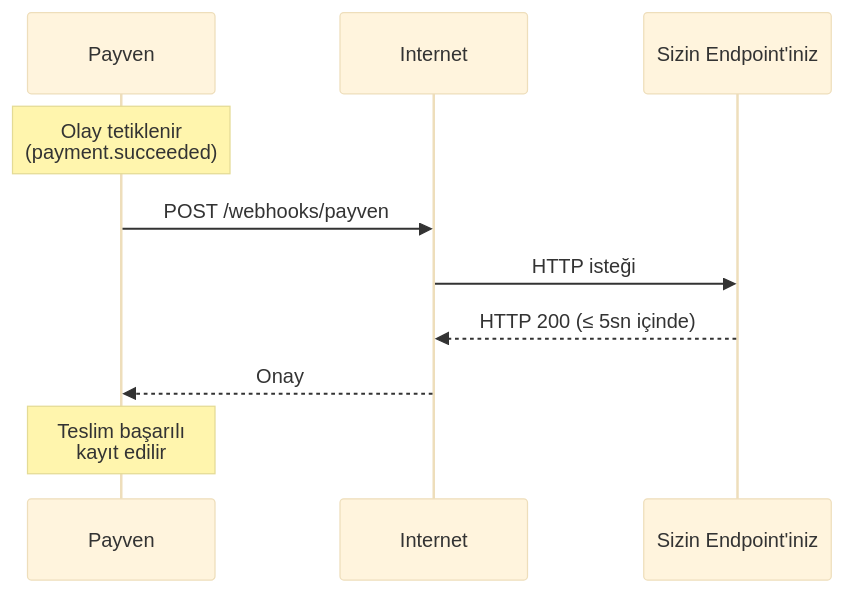
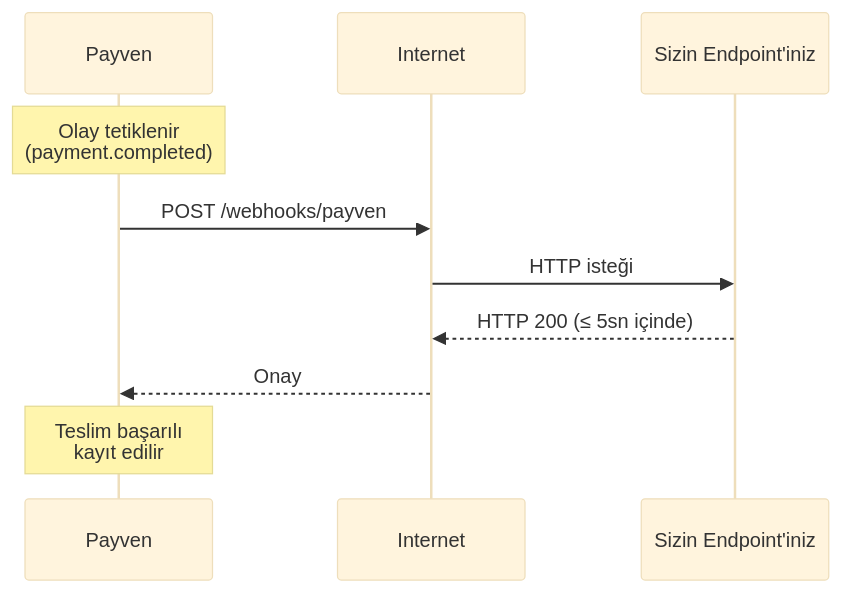
The diagram in documentation/concepts/webhooks.mdx (payment-pos/mintlify), drawn with Mermaid (base theme) before and after one commit. The commit also changed other lines of this file and 45 other files, not shown here.

````diff
--- a/documentation/concepts/webhooks.mdx
+++ b/documentation/concepts/webhooks.mdx
@@ -23,13 +23,13 @@
 ```mermaid
 sequenceDiagram
     participant Payven
     participant Net as Internet
     participant You as Sizin Endpoint'iniz
 
-    Note over Payven: Olay tetiklenir<br/>(payment.succeeded)
+    Note over Payven: Olay tetiklenir<br/>(payment.completed)
     Payven->>Net: POST /webhooks/payven
     Net->>You: HTTP isteği
     You-->>Net: HTTP 200 (≤ 5sn içinde)
     Net-->>Payven: Onay
     Note over Payven: Teslim başarılı<br/>kayıt edilir
 ```
````
